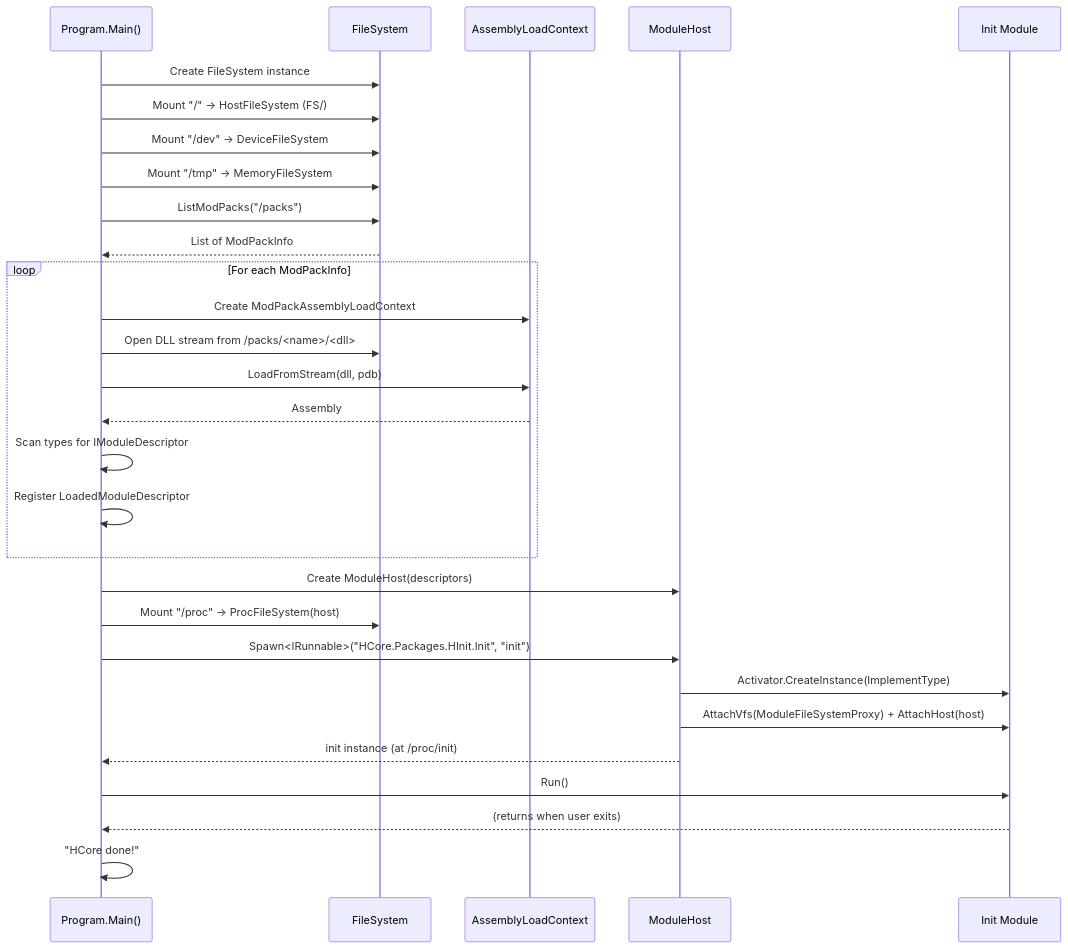
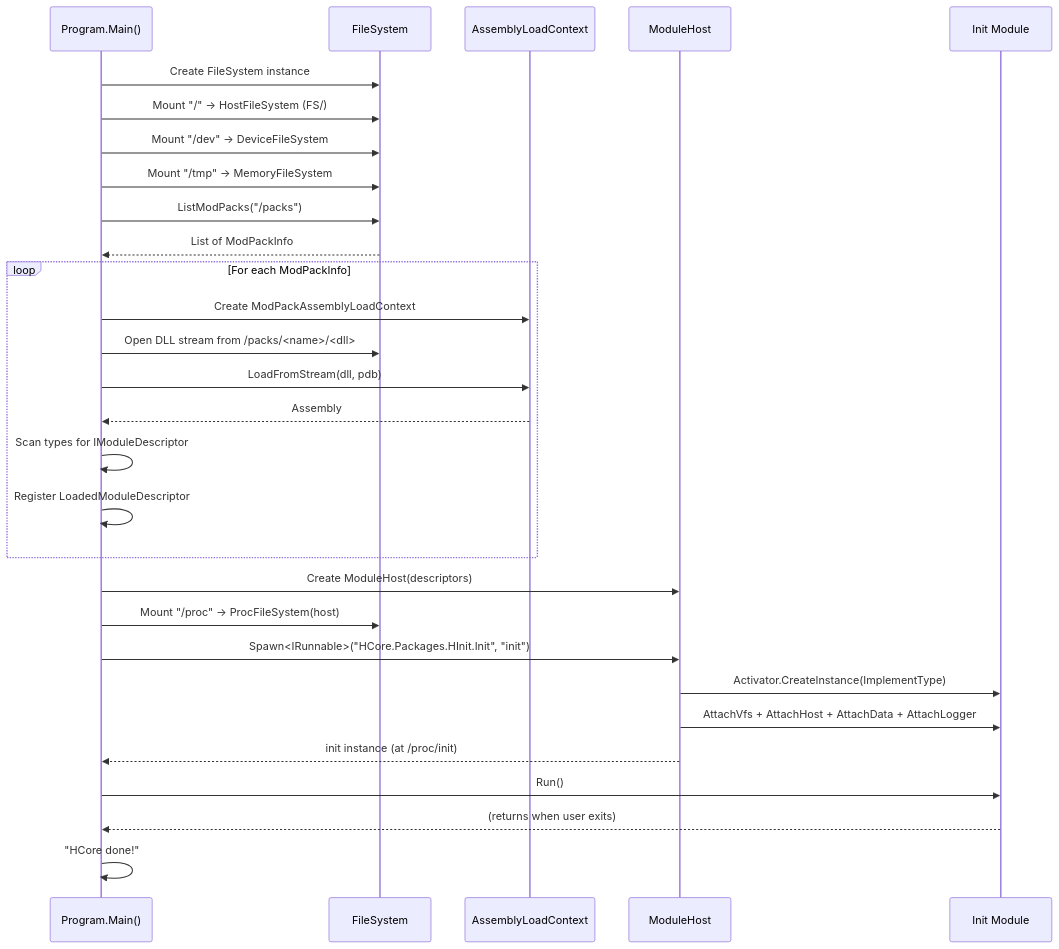
The second of 8 diagrams in docs/ARCHITECTURE.md (Ardumine/hcore), drawn with Mermaid before and after one commit. The commit also changed other lines of this file and 38 other files, not shown here.

````diff
--- a/docs/ARCHITECTURE.md
+++ b/docs/ARCHITECTURE.md
@@ -70,36 +77,36 @@
 ```mermaid
 sequenceDiagram
     participant Main as Program.Main()
     participant VFS as FileSystem
     participant Loader as AssemblyLoadContext
     participant Host as ModuleHost
     participant Module as Init Module
 
     Main->>VFS: Create FileSystem instance
     Main->>VFS: Mount "/" → HostFileSystem (FS/)
     Main->>VFS: Mount "/dev" → DeviceFileSystem
     Main->>VFS: Mount "/tmp" → MemoryFileSystem
 
     Main->>VFS: ListModPacks("/packs")
     VFS-->>Main: List of ModPackInfo
 
     loop For each ModPackInfo
         Main->>Loader: Create ModPackAssemblyLoadContext
         Main->>VFS: Open DLL stream from /packs/<name>/<dll>
         Main->>Loader: LoadFromStream(dll, pdb)
         Loader-->>Main: Assembly
         Main->>Main: Scan types for IModuleDescriptor
         Main->>Main: Register LoadedModuleDescriptor
     end
 
     Main->>Host: Create ModuleHost(descriptors)
     Main->>VFS: Mount "/proc" → ProcFileSystem(host)
 
     Main->>Host: Spawn<IRunnable>("HCore.Packages.HInit.Init", "init")
     Host->>Module: Activator.CreateInstance(ImplementType)
-    Host->>Module: AttachVfs(ModuleFileSystemProxy) + AttachHost(host)
+    Host->>Module: AttachVfs + AttachHost + AttachData + AttachLogger
     Host-->>Main: init instance (at /proc/init)
     Main->>Module: Run()
     Module-->>Main: (returns when user exits)
     Main->>Main: "HCore done!"
 ```
````
